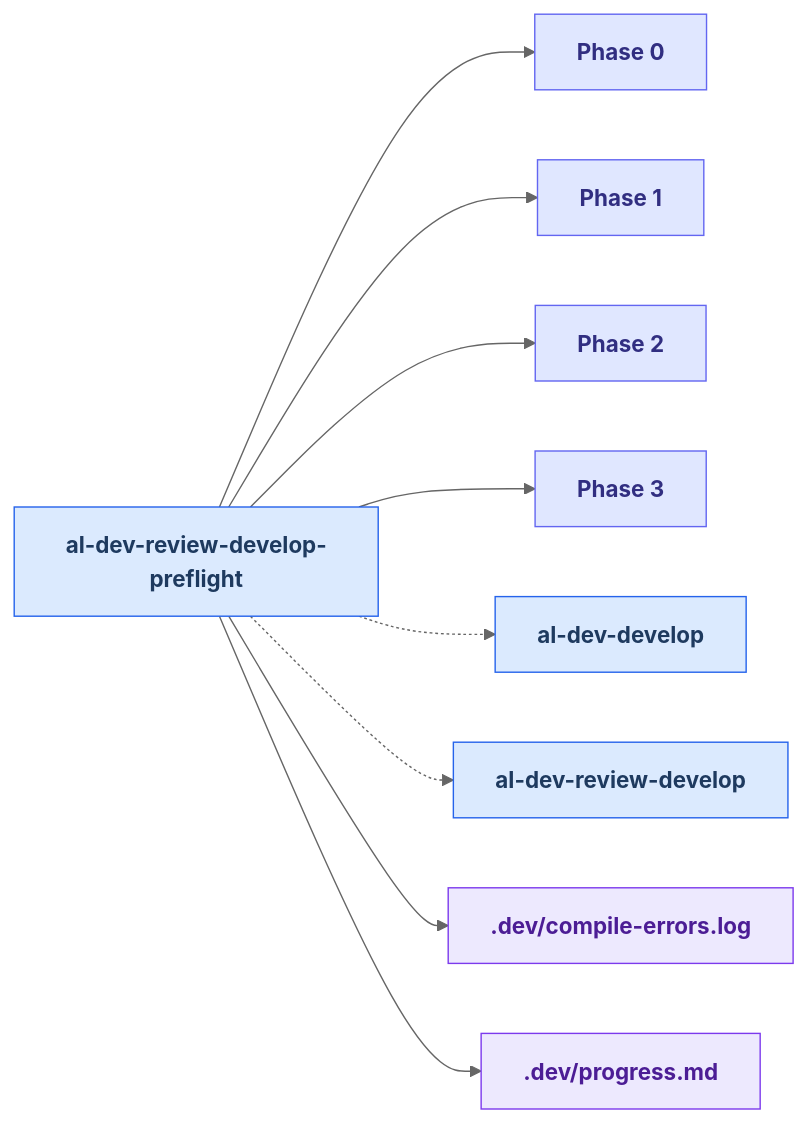
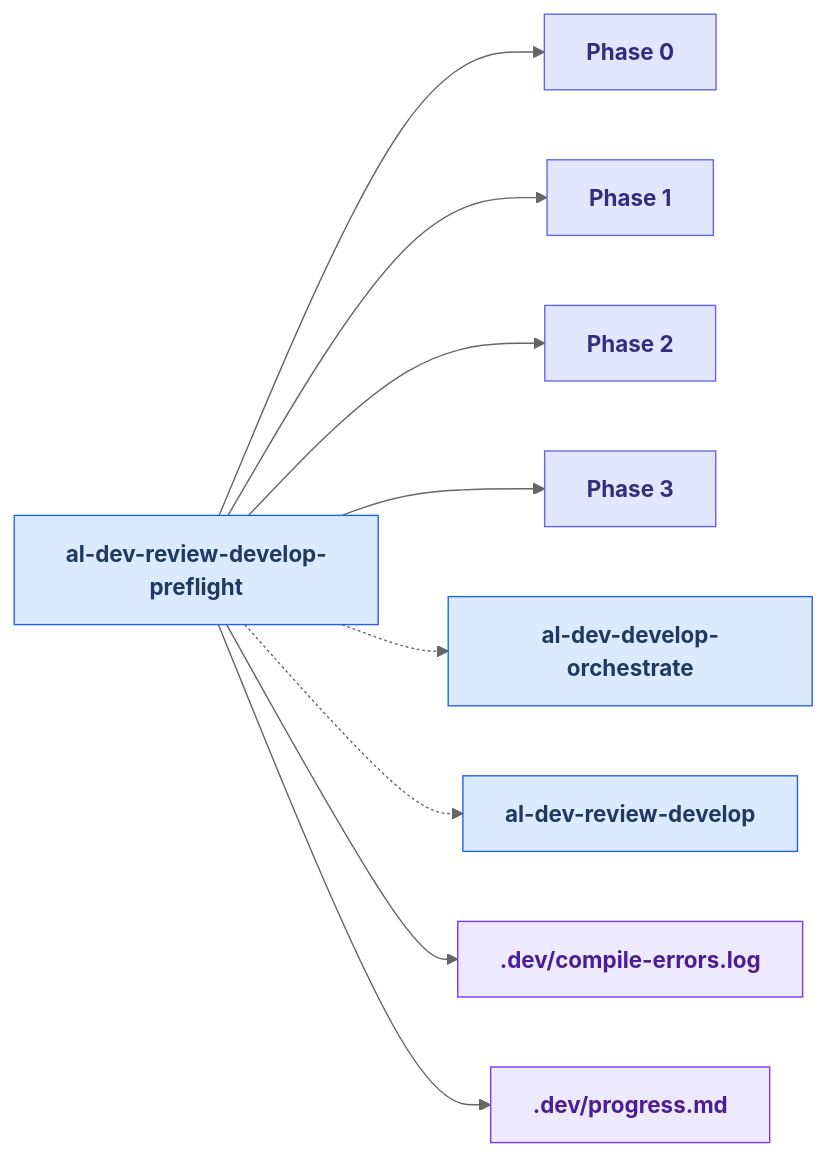
Before and after one commit to russell-laing/al-dev-shared: diagram 11 of 25 in docs/al-dev-skills-map.md, drawn with Mermaid (neutral theme). The commit also changed other lines of this file and 53 other files, not shown here.

Commit message:
refactor(skill): rename al-dev-develop to al-dev-develop-orchestrate, keep artifact prefix stable (#875)

````diff
--- a/docs/al-dev-skills-map.md
+++ b/docs/al-dev-skills-map.md
@@ -549,37 +543,37 @@
 ```mermaid
 flowchart LR
     classDef skillNode fill:#dbeafe,stroke:#2563eb,color:#1e3a5f,font-weight:bold
     classDef agentNode fill:#d1fae5,stroke:#059669,color:#064e3b,font-weight:bold
     classDef knowledgeNode fill:#fef3c7,stroke:#d97706,color:#78350f,font-weight:bold
     classDef artifactNode fill:#ede9fe,stroke:#7c3aed,color:#4c1d95,font-weight:bold
     classDef phaseNode fill:#e0e7ff,stroke:#6366f1,color:#312e81,font-weight:bold
 
     skill_al_dev_review_develop_preflight[al-dev-review-develop-preflight]
     Phase0["Phase 0"]
     Phase1["Phase 1"]
     Phase2["Phase 2"]
     Phase3["Phase 3"]
-    skill_al_dev_develop[al-dev-develop]
+    skill_al_dev_develop_orchestrate[al-dev-develop-orchestrate]
     skill_al_dev_review_develop[al-dev-review-develop]
     artifact_compile_errors_log[.dev/compile-errors.log]
     artifact_progress_md[.dev/progress.md]
 
     skill_al_dev_review_develop_preflight --> Phase0
     skill_al_dev_review_develop_preflight --> Phase1
     skill_al_dev_review_develop_preflight --> Phase2
     skill_al_dev_review_develop_preflight --> Phase3
-    skill_al_dev_review_develop_preflight -.-> skill_al_dev_develop
+    skill_al_dev_review_develop_preflight -.-> skill_al_dev_develop_orchestrate
     skill_al_dev_review_develop_preflight -.-> skill_al_dev_review_develop
     skill_al_dev_review_develop_preflight --> artifact_compile_errors_log
     skill_al_dev_review_develop_preflight --> artifact_progress_md
 
     class skill_al_dev_review_develop_preflight skillNode
     class Phase0 phaseNode
     class Phase1 phaseNode
     class Phase2 phaseNode
     class Phase3 phaseNode
-    class skill_al_dev_develop skillNode
+    class skill_al_dev_develop_orchestrate skillNode
     class skill_al_dev_review_develop skillNode
     class artifact_compile_errors_log artifactNode
     class artifact_progress_md artifactNode
 ```
````
